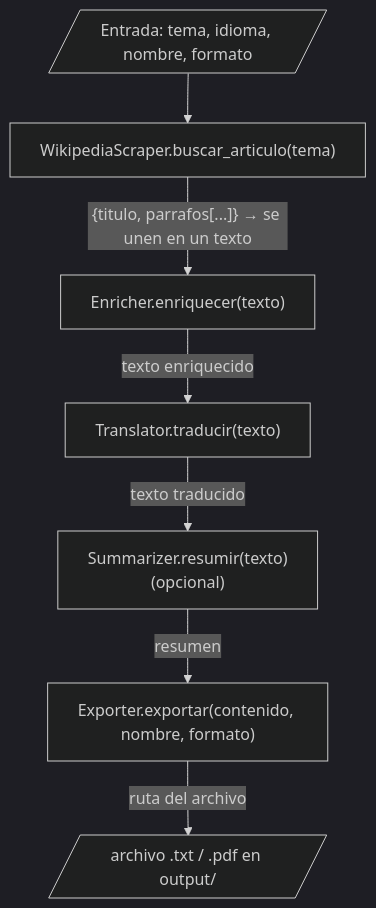
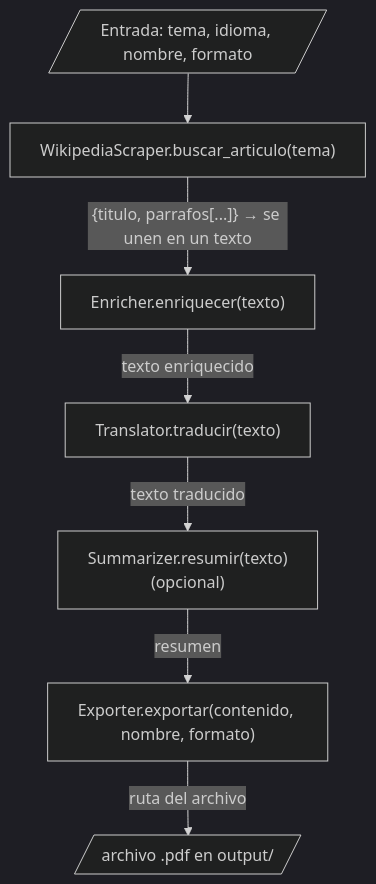
One commit to DhanaCorredor/Content-Enrichment changed the third of 3 diagrams in docs/NOTION.md. Above: the diagram before and after it, drawn with Mermaid (dark theme). The commit also changed other lines of this file and 2 other files, not shown here.

Commit message:
docs: drop TXT export, document PDF as the only output format

````diff
--- a/docs/NOTION.md
+++ b/docs/NOTION.md
@@ -200,9 +200,9 @@
 ```mermaid
 flowchart TD
     IN[/"Entrada: tema, idioma, nombre, formato"/] --> S["WikipediaScraper.buscar_articulo(tema)"]
     S -->|"{titulo, parrafos[...]} → se unen en un texto"| E["Enricher.enriquecer(texto)"]
     E -->|"texto enriquecido"| T["Translator.traducir(texto)"]
     T -->|"texto traducido"| SU["Summarizer.resumir(texto)<br/>(opcional)"]
     SU -->|"resumen"| X["Exporter.exportar(contenido, nombre, formato)"]
-    X -->|"ruta del archivo"| OUT[/"archivo .txt / .pdf en output/"/]
+    X -->|"ruta del archivo"| OUT[/"archivo .pdf en output/"/]
 ```
````
